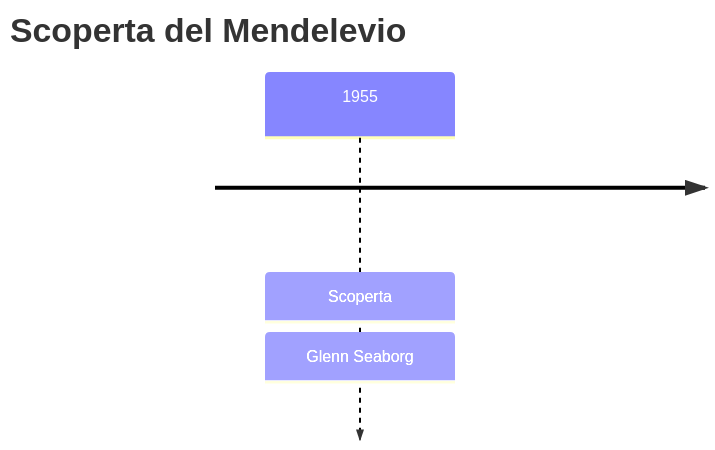
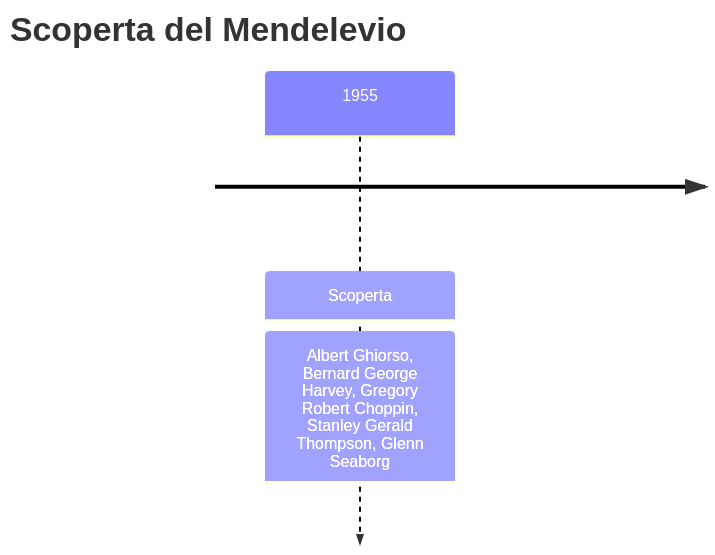
One commit to gianlucaciarcelluti/elements-caos changed the first of 2 diagrams in vault/Elementi/Mendelevio.md. Above: the diagram before and after it, drawn with Mermaid. The commit also changed other lines of this file and 8 other files, not shown here.

````diff
--- a/vault/Elementi/Mendelevio.md
+++ b/vault/Elementi/Mendelevio.md
@@ -28,5 +28,5 @@
 ```mermaid
 timeline
     title Scoperta del Mendelevio
-    1955 : Scoperta : Glenn Seaborg
+    1955 : Scoperta : Albert Ghiorso, Bernard George Harvey, Gregory Robert Choppin, Stanley Gerald Thompson, Glenn Seaborg
 ```
````
